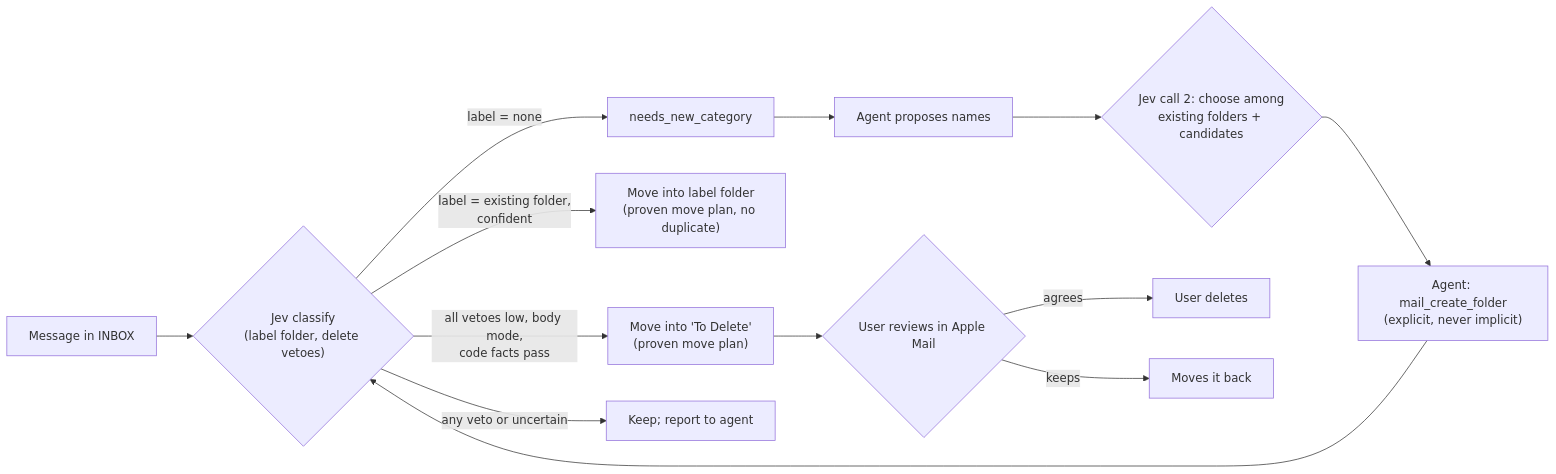
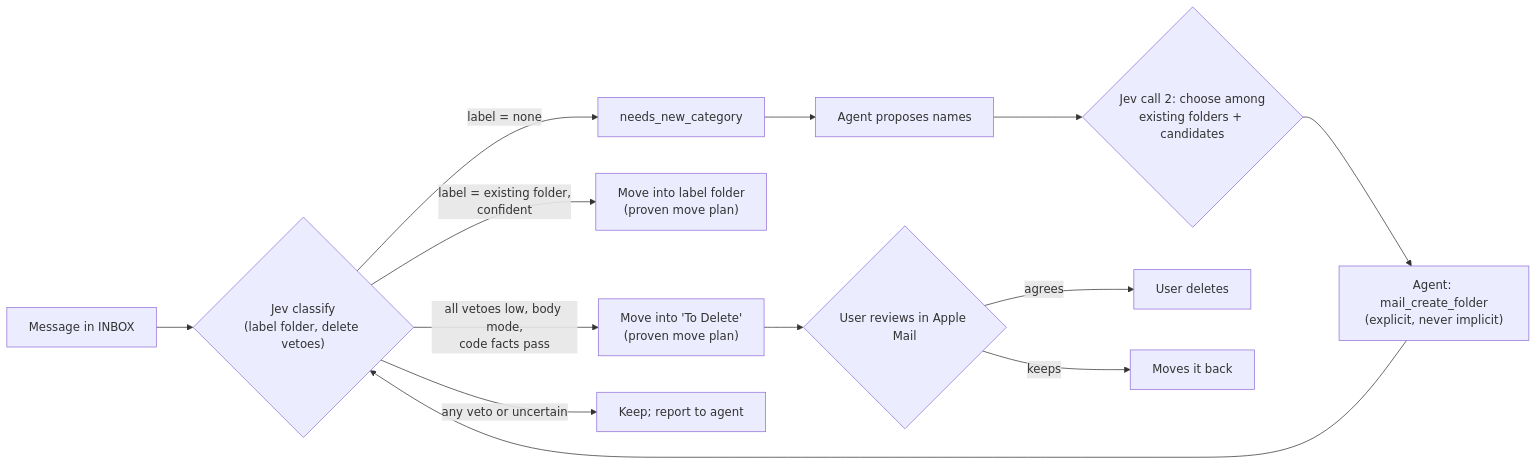
The third of 4 diagrams in plans/261005-1918-mailbend-labels-jev-rust-helpers/plan.md (albertc71/MailBend), drawn with Mermaid before and after one commit. The commit also changed other lines of this file and 10 other files, not shown here.

````diff
--- a/plans/261005-1918-mailbend-labels-jev-rust-helpers/plan.md
+++ b/plans/261005-1918-mailbend-labels-jev-rust-helpers/plan.md
@@ -142,15 +143,15 @@
 ```mermaid
 flowchart LR
   m["Message in INBOX"] --> c{"Jev classify<br/>(label folder, delete vetoes)"}
   c -- "all vetoes low, body mode,<br/>code facts pass" --> r["Move into 'To Delete'<br/>(proven move plan)"]
-  c -- "label = existing folder,<br/>confident" --> cat["Move into label folder<br/>(proven move plan, no duplicate)"]
+  c -- "label = existing folder,<br/>confident" --> cat["Move into label folder<br/>(proven move plan)"]
   c -- "label = none" --> nn["needs_new_category"]
   nn --> ag["Agent proposes names"]
   ag --> c2{"Jev call 2: choose among<br/>existing folders + candidates"}
   c2 --> mk["Agent: mail_create_folder<br/>(explicit, never implicit)"]
   mk --> c
   c -- "any veto or uncertain" --> k["Keep; report to agent"]
   r --> u{"User reviews in Apple Mail"}
   u -- "agrees" --> del["User deletes"]
   u -- "keeps" --> back["Moves it back"]
 ```
````
